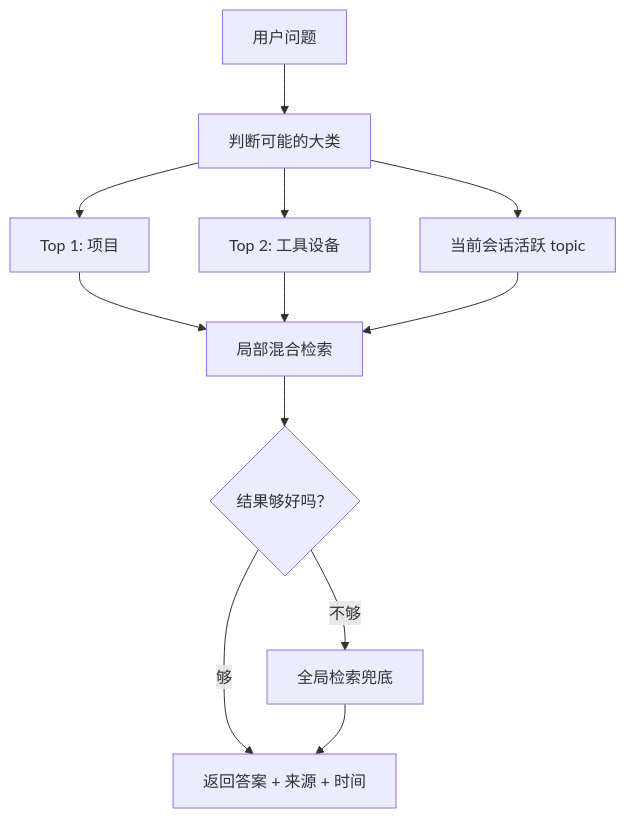
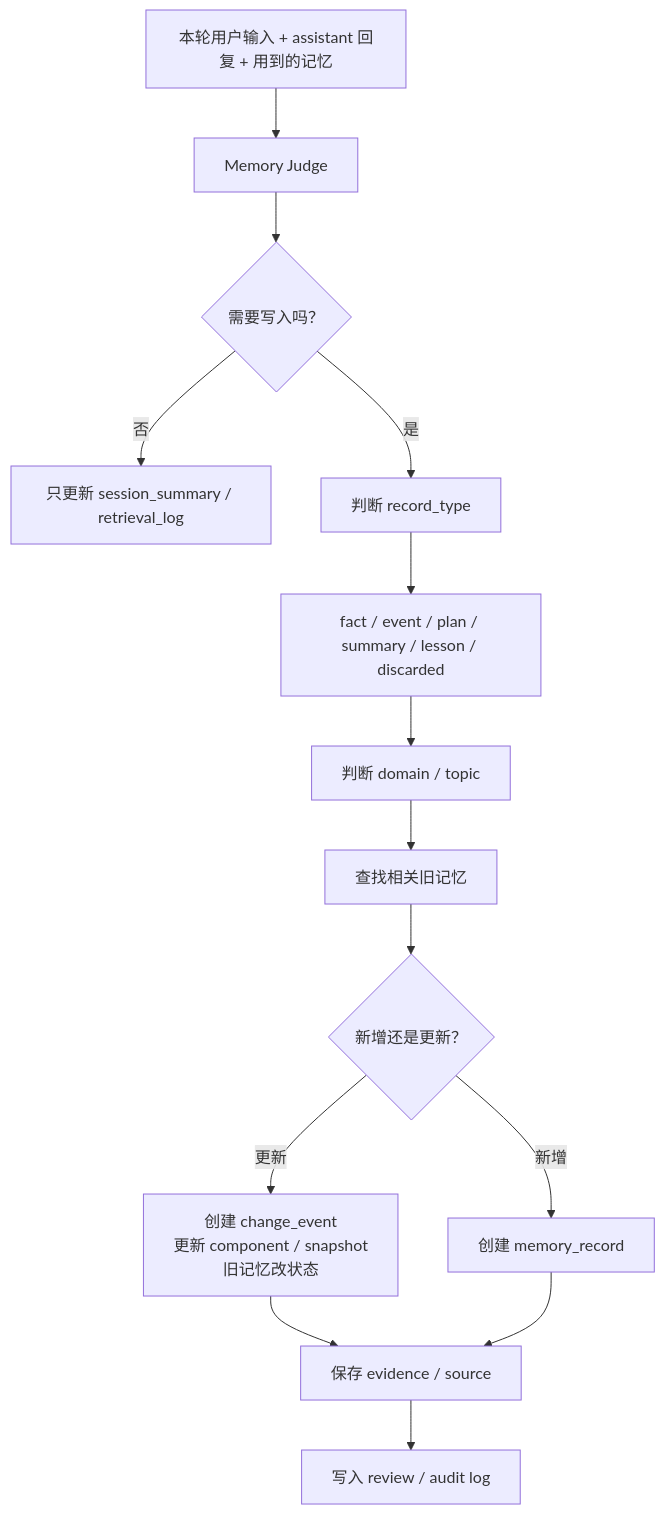
One commit to piup9911-crypto/telegram-qi_bot changed the sixth of 6 diagrams in plan.md. Above: the diagram before and after it, drawn with Mermaid. The commit also changed other lines of this file, not shown here.

Commit message:
Expand memory system plan with update and evidence rules

````diff
--- a/plan.md
+++ b/plan.md
@@ -175,16 +430,20 @@
 ```mermaid
 flowchart TD
-  Q["用户问题"] --> A["判断可能的大类"]
-  A --> B["Top 1: 项目"]
-  A --> C["Top 2: 工具设备"]
-  A --> D["当前会话活跃 topic"]
+  C["本轮用户输入 + assistant 回复 + 用到的记忆"] --> J["Memory Judge"]
+  J --> A{"需要写入吗？"}
 
-  B --> S["局部混合检索"]
-  C --> S
-  D --> S
+  A -->|"否"| N["只更新 session_summary / retrieval_log"]
+  A -->|"是"| T["判断 record_type"]
 
-  S --> E{"结果够好吗？"}
-  E -->|"够"| R["返回答案 + 来源 + 时间"]
-  E -->|"不够"| G["全局检索兜底"]
-  G --> R
+  T --> F["fact / event / plan / summary / lesson / discarded"]
+  F --> D["判断 domain / topic"]
+  D --> O["查找相关旧记忆"]
+  O --> U{"新增还是更新？"}
+
+  U -->|"新增"| M["创建 memory_record"]
+  U -->|"更新"| X["创建 change_event<br/>更新 component / snapshot<br/>旧记忆改状态"]
+
+  X --> S["保存 evidence / source"]
+  M --> S
+  S --> R["写入 review / audit log"]
 ```
````
